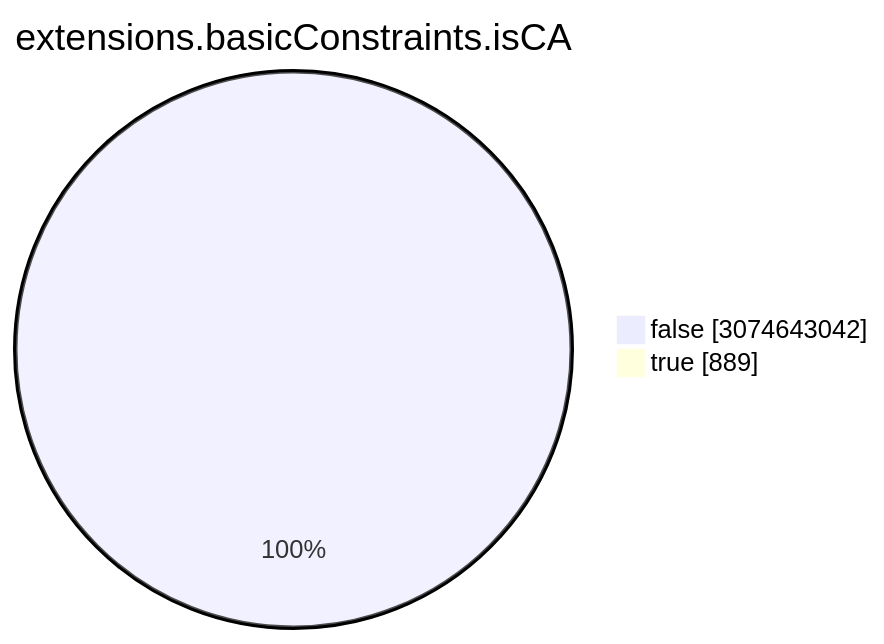
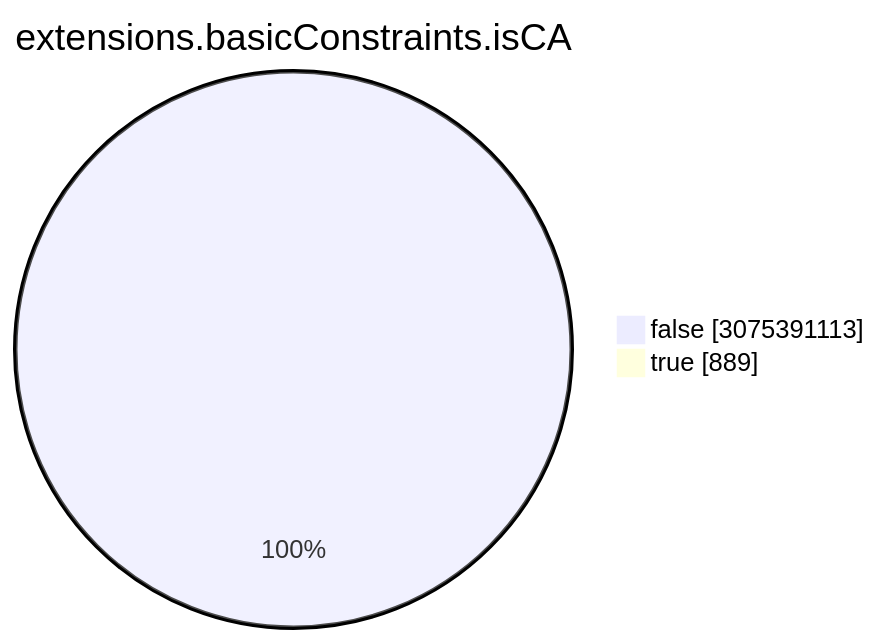
Before and after one commit to christiankrug/ctmonitor_visualization: the seventh of 15 diagrams in TOTAL/README.md, drawn with Mermaid. The commit also changed other lines of this file, not shown here.

````diff
--- a/TOTAL/README.md
+++ b/TOTAL/README.md
@@ -3086,6 +3086,6 @@
 ```mermaid
 pie showData
 title extensions.basicConstraints.isCA
-"false" :3074643042
+"false" :3075391113
 "true" :889
 ```
````
